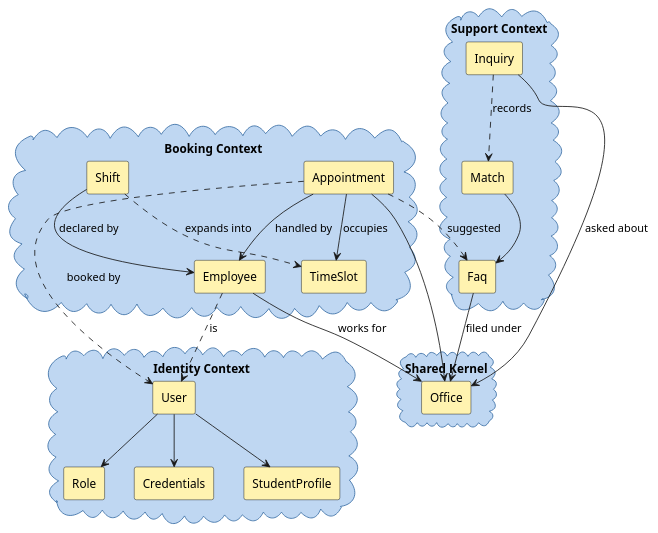
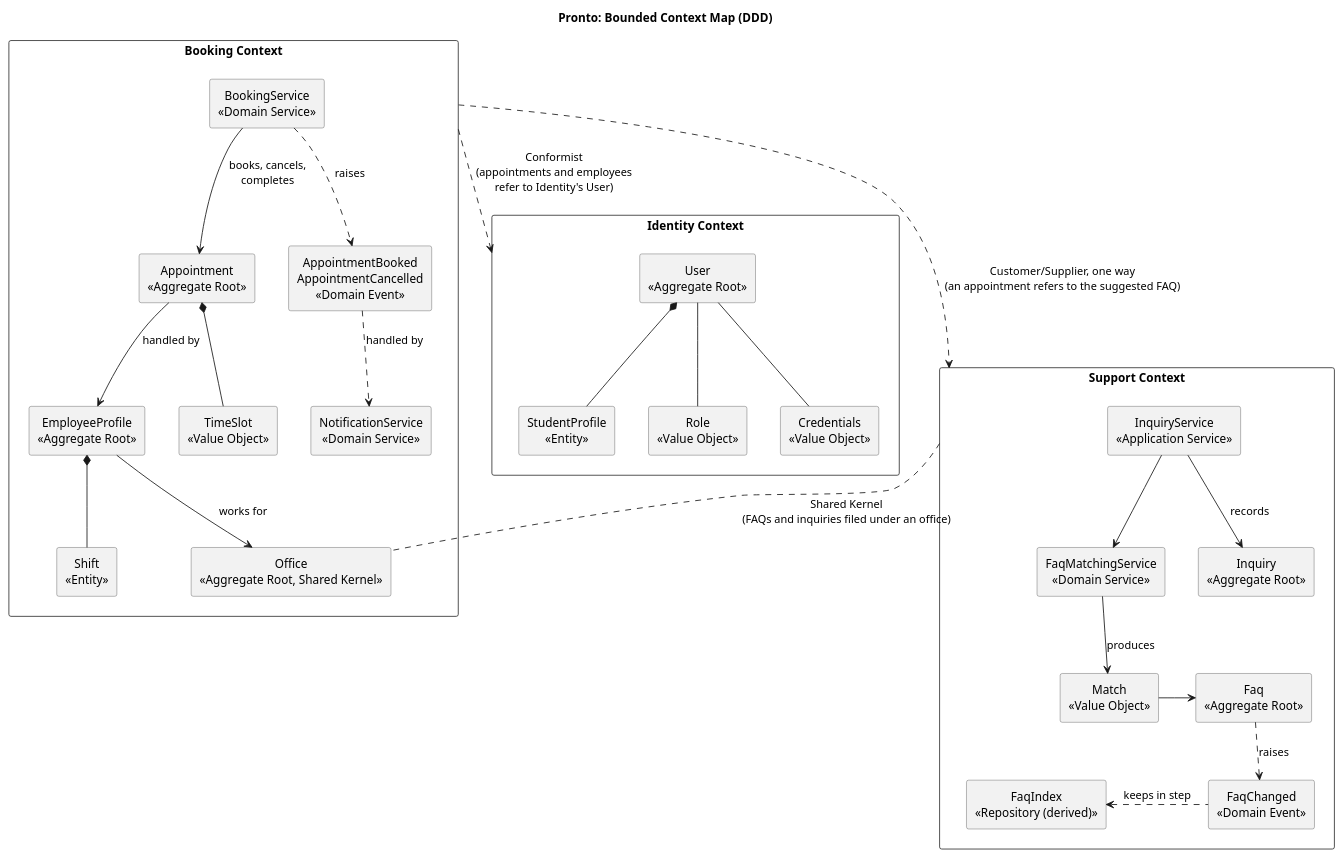
One commit to unibo-dtm-se-2526-PRONTO/report changed the diagram in sections/03-design/assets/ddd.puml. Above: the diagram before and after it, drawn with PlantUML. The commit also changed 11 other files, not shown here.

```diff
--- a/sections/03-design/assets/ddd.puml
+++ b/sections/03-design/assets/ddd.puml
@@ -1,57 +1,66 @@
 @startuml domain-model
-skinparam packageStyle cloud
+title Pronto: Bounded Context Map (DDD)
 skinparam shadowing false
+skinparam packageStyle rectangle
+skinparam defaultTextAlignment center
+skinparam nodesep 40
+skinparam ranksep 50
 skinparam rectangle {
-  BackgroundColor #FFF3B0
-  BorderColor black
+  BackgroundColor #F2F2F2
+  BorderColor #555555
 }
 skinparam package {
-  BackgroundColor #BFD7F2
-  BorderColor #3A6EA5
-  FontStyle bold
+  BackgroundColor #FFFFFF
+  BorderColor #333333
 }
 
-package "Shared Kernel" {
-  rectangle Office
+package "Identity Context" as IC {
+  rectangle "User\n«Aggregate Root»" as User
+  rectangle "StudentProfile\n«Entity»" as StudentProfile
+  rectangle "Role\n«Value Object»" as Role
+  rectangle "Credentials\n«Value Object»" as Credentials
+  User *-- StudentProfile
+  User -- Role
+  User -- Credentials
 }
 
-package "Booking Context" {
-  rectangle Appointment
-  rectangle Shift
-  rectangle Employee
-  rectangle TimeSlot
+package "Booking Context" as BC {
+  rectangle "BookingService\n«Domain Service»" as BookingService
+  rectangle "Appointment\n«Aggregate Root»" as Appointment
+  rectangle "EmployeeProfile\n«Aggregate Root»" as Employee
+  rectangle "Shift\n«Entity»" as Shift
+  rectangle "TimeSlot\n«Value Object»" as TimeSlot
+  rectangle "Office\n«Aggregate Root, Shared Kernel»" as Office
+  rectangle "AppointmentBooked\nAppointmentCancelled\n«Domain Event»" as BookingEvents
+  rectangle "NotificationService\n«Domain Service»" as NotificationService
 
-  Shift ..> TimeSlot : expands into
-  Appointment --> TimeSlot : occupies
+  BookingService --> Appointment : books, cancels,\ncompletes
   Appointment --> Employee : handled by
-  Shift --> Employee : declared by
+  Employee *-- Shift
+  Appointment *-- TimeSlot
+  Employee --> Office : works for
+  BookingService ..> BookingEvents : raises
+  BookingEvents ..> NotificationService : handled by
 }
 
-package "Support Context" {
-  rectangle Faq
-  rectangle Inquiry
-  rectangle Match
+package "Support Context" as SC {
+  rectangle "InquiryService\n«Application Service»" as InquiryService
+  rectangle "FaqMatchingService\n«Domain Service»" as Matching
+  rectangle "Inquiry\n«Aggregate Root»" as Inquiry
+  rectangle "Match\n«Value Object»" as Match
+  rectangle "Faq\n«Aggregate Root»" as Faq
+  rectangle "FaqIndex\n«Repository (derived)»" as FaqIndex
+  rectangle "FaqChanged\n«Domain Event»" as FaqChanged
 
-  Match --> Faq
-  Inquiry ..> Match : records
+  InquiryService -down-> Matching
+  InquiryService -down-> Inquiry : records
+  Matching -down-> Match : produces
+  Match -right-> Faq
+  Faq -down.> FaqChanged : raises
+  FaqChanged -left.> FaqIndex : keeps in step
 }
 
-package "Identity Context" {
-  rectangle User
-  rectangle Role
-  rectangle Credentials
-  rectangle StudentProfile
-
-  User --> Role
-  User --> Credentials
-  User --> StudentProfile
-}
-
-Appointment --> Office
-Employee --> Office : works for
-Faq --> Office : filed under
-Inquiry --> Office : asked about
-Appointment ..> Faq : suggested
-Appointment ..> User : booked by
-Employee ..> User : is
+BC ..> IC : Conformist\n(appointments and employees\nrefer to Identity's User)
+BC ..> SC : Customer/Supplier, one way\n(an appointment refers to the suggested FAQ)
+SC .. Office : Shared Kernel\n(FAQs and inquiries filed under an office)
 @enduml
```
